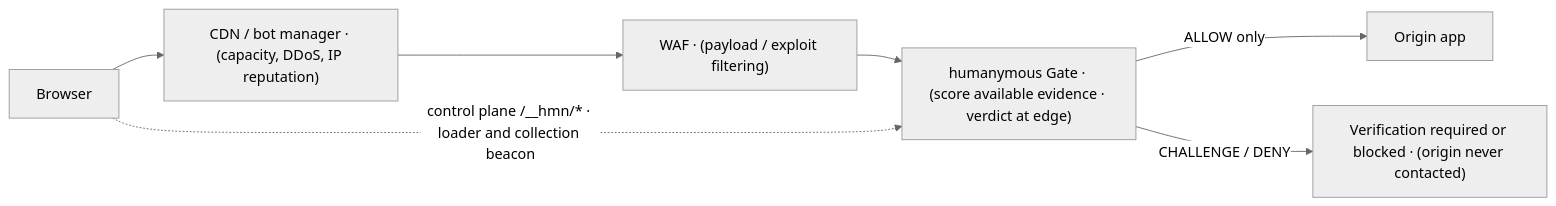
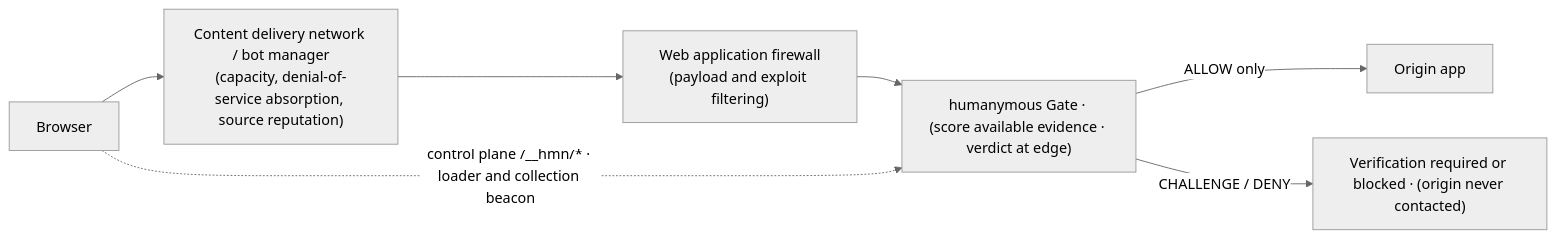
One commit to modootoday/humanymous changed the diagram in docs/explanation/where-gate-fits.md. Above: the diagram before and after it, drawn with Mermaid (neutral theme). The commit also changed other lines of this file and 77 other files, not shown here.

````diff
--- a/docs/explanation/where-gate-fits.md
+++ b/docs/explanation/where-gate-fits.md
@@ -20,9 +27,9 @@
 ```mermaid
 flowchart LR
-  U["Browser"] --> CDN["CDN / bot manager · (capacity, DDoS, IP reputation)"]
-  CDN --> WAF["WAF · (payload / exploit filtering)"]
+  U["Browser"] --> CDN["Content delivery network / bot manager<br/>(capacity, denial-of-service absorption, source reputation)"]
+  CDN --> WAF["Web application firewall<br/>(payload and exploit filtering)"]
   WAF --> G["humanymous Gate · (score available evidence · verdict at edge)"]
   U -. "control plane /__hmn/* · loader and collection beacon" .-> G
   G -- "ALLOW only" --> O["Origin app"]
   G -- "CHALLENGE / DENY" --> Stop["Verification required or blocked · (origin never contacted)"]
 ```
````
